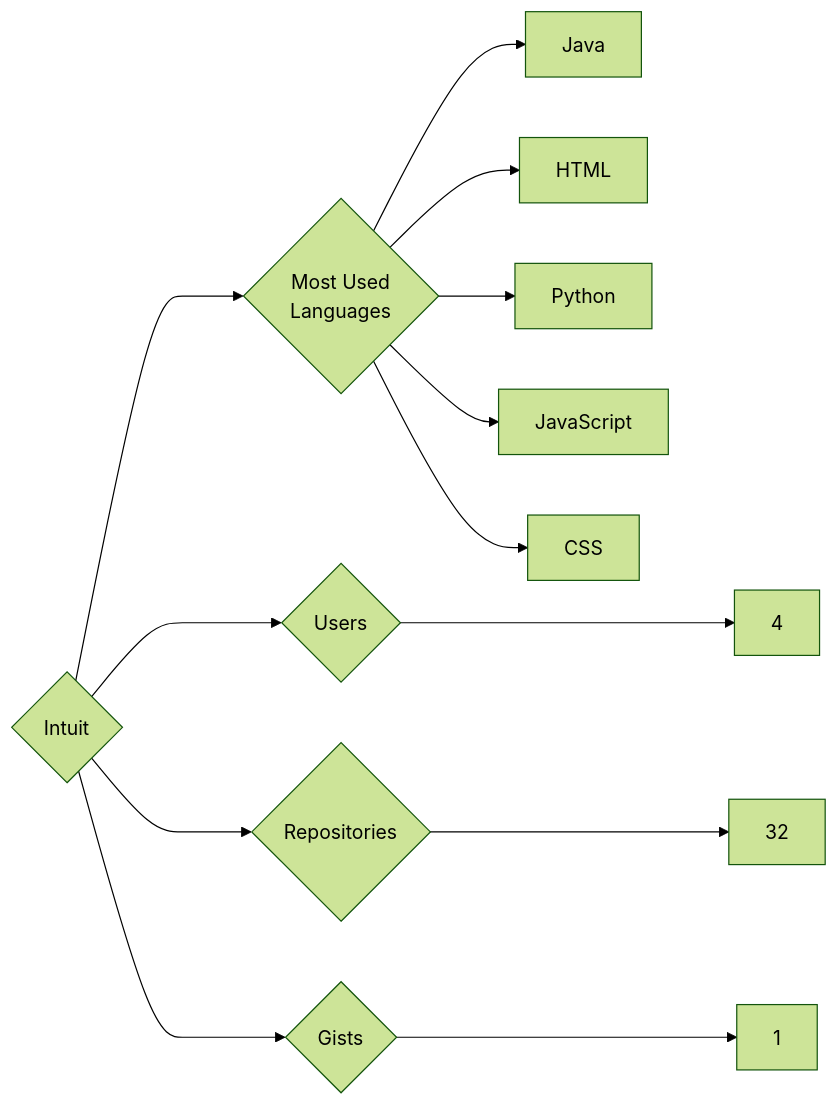
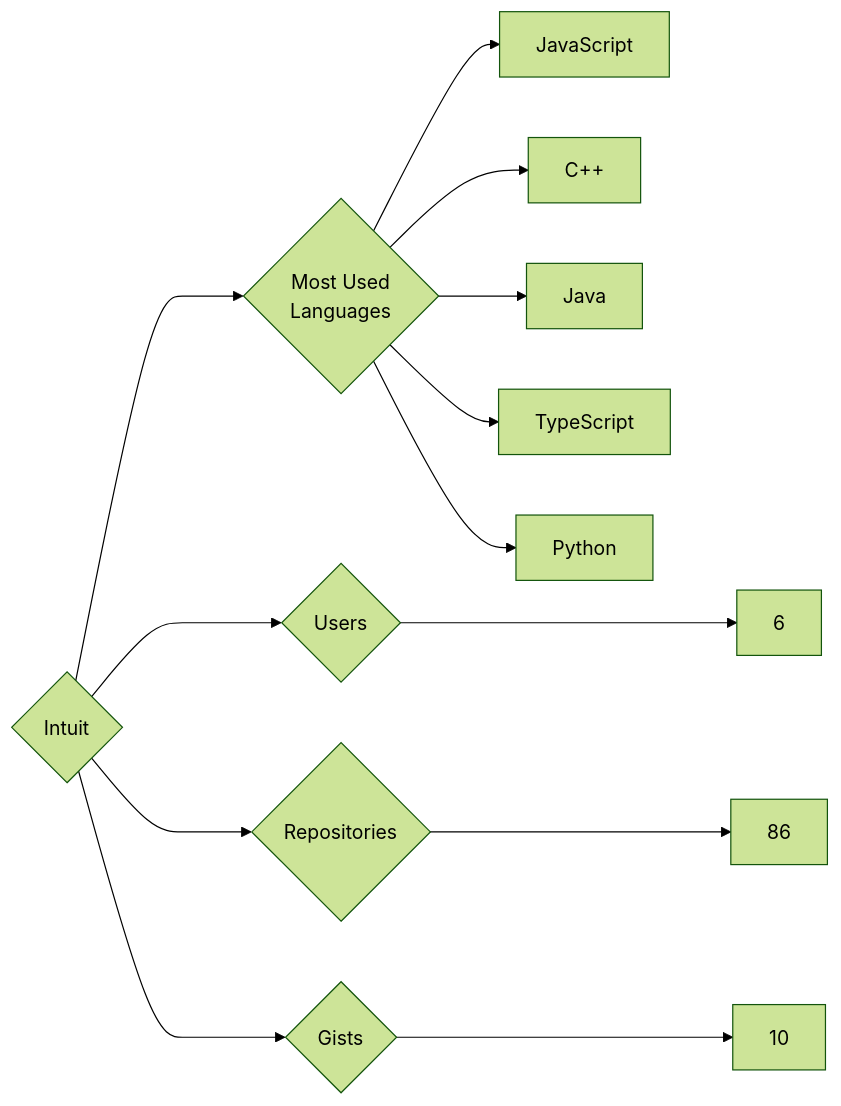
The diagram in targets/Intuit/README.md (trickest/insiders), drawn with Mermaid (forest theme) before and after one commit. The commit also changed 988 other files, not shown here.

````diff
--- a/targets/Intuit/README.md
+++ b/targets/Intuit/README.md
@@ -3,13 +3,13 @@
 ```mermaid
 graph LR
 COMPANY_NAME{Intuit}
-COMPANY_NAME ---> U{Users} ---> UN[4]
-COMPANY_NAME ---> R{Repositories} ---> RN[32]
-COMPANY_NAME ---> G{Gists} ---> GN[1]
+COMPANY_NAME ---> U{Users} ---> UN[6]
+COMPANY_NAME ---> R{Repositories} ---> RN[86]
+COMPANY_NAME ---> G{Gists} ---> GN[10]
 COMPANY_NAME ---> ML{Most Used<br>Languages}
+ML --> JavaScript[JavaScript]
+ML --> C++[C++]
 ML --> Java[Java]
-ML --> HTML[HTML]
+ML --> TypeScript[TypeScript]
 ML --> Python[Python]
-ML --> JavaScript[JavaScript]
-ML --> CSS[CSS]
 ```
````
